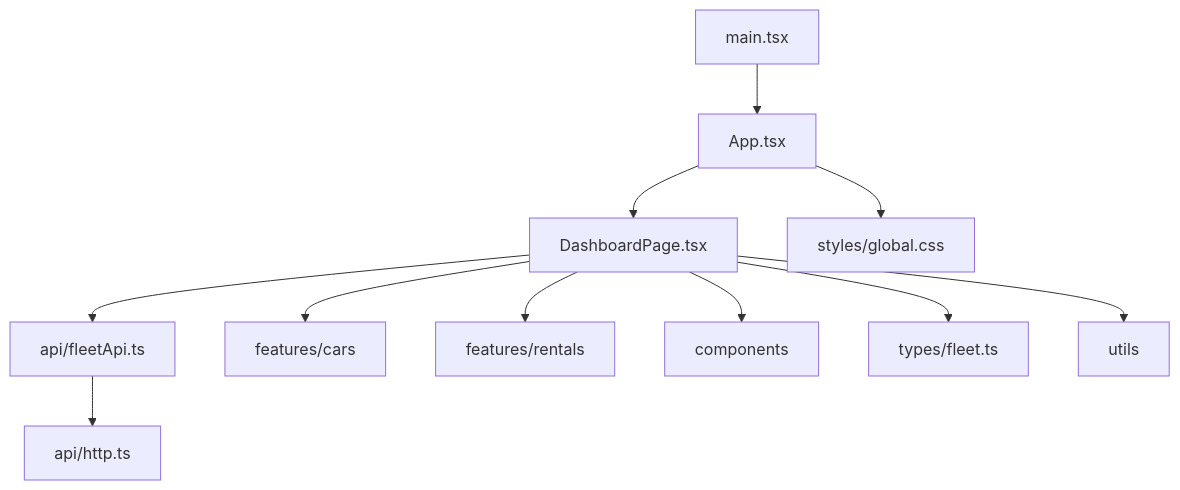
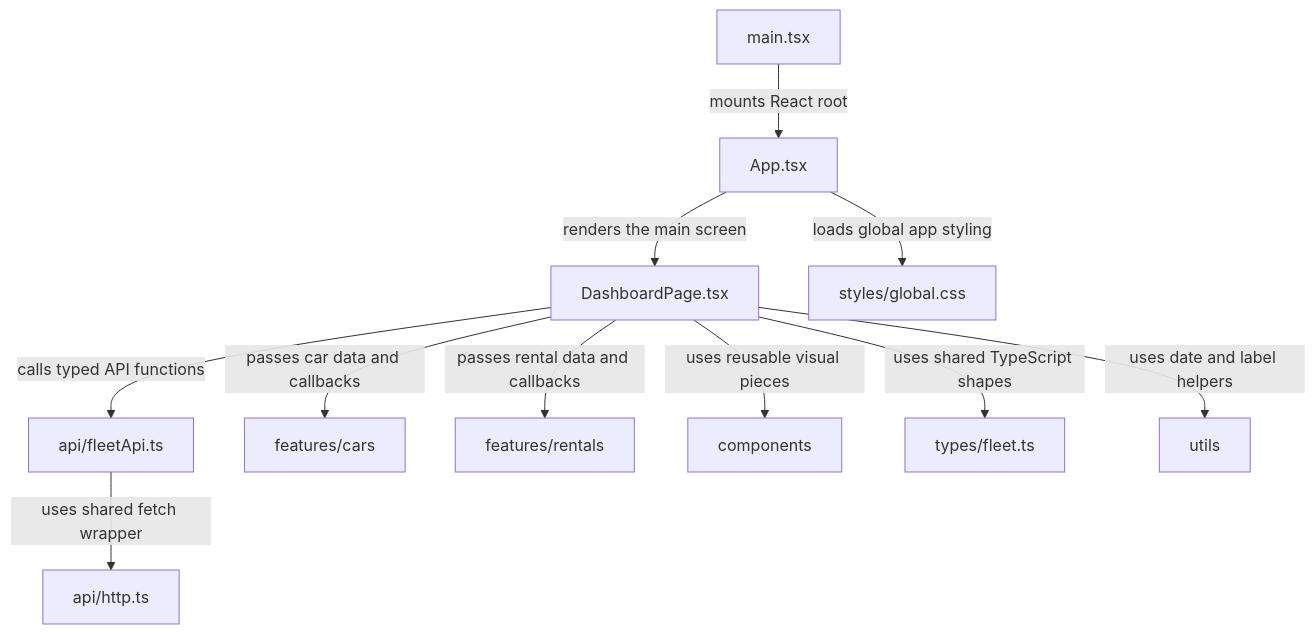
The tenth of 15 diagrams in README.md (YonatanMoshes/Rental), drawn with Mermaid before and after one commit. The commit also changed other lines of this file, not shown here.

Commit message:
Clarify README diagrams and layer explanations

````diff
--- a/README.md
+++ b/README.md
@@ -757,25 +521,25 @@
 ```mermaid
 flowchart TB
     Main["main.tsx"]
     App["App.tsx"]
     Dashboard["DashboardPage.tsx"]
     API["api/fleetApi.ts"]
     HTTP["api/http.ts"]
     CarFeature["features/cars"]
     RentalFeature["features/rentals"]
     Components["components"]
     Types["types/fleet.ts"]
     Utils["utils"]
     Styles["styles/global.css"]
 
-    Main --> App
-    App --> Dashboard
-    Dashboard --> API
-    API --> HTTP
-    Dashboard --> CarFeature
-    Dashboard --> RentalFeature
-    Dashboard --> Components
-    Dashboard --> Types
-    Dashboard --> Utils
-    App --> Styles
+    Main -->|"mounts React root"| App
+    App -->|"renders the main screen"| Dashboard
+    Dashboard -->|"calls typed API functions"| API
+    API -->|"uses shared fetch wrapper"| HTTP
+    Dashboard -->|"passes car data and callbacks"| CarFeature
+    Dashboard -->|"passes rental data and callbacks"| RentalFeature
+    Dashboard -->|"uses reusable visual pieces"| Components
+    Dashboard -->|"uses shared TypeScript shapes"| Types
+    Dashboard -->|"uses date and label helpers"| Utils
+    App -->|"loads global app styling"| Styles
 ```
````
